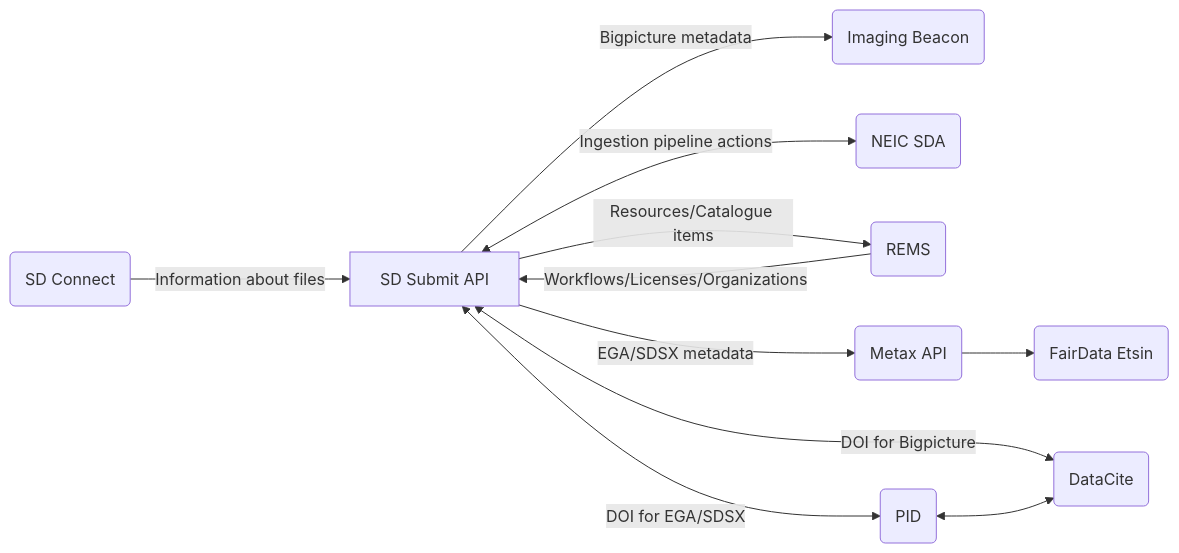
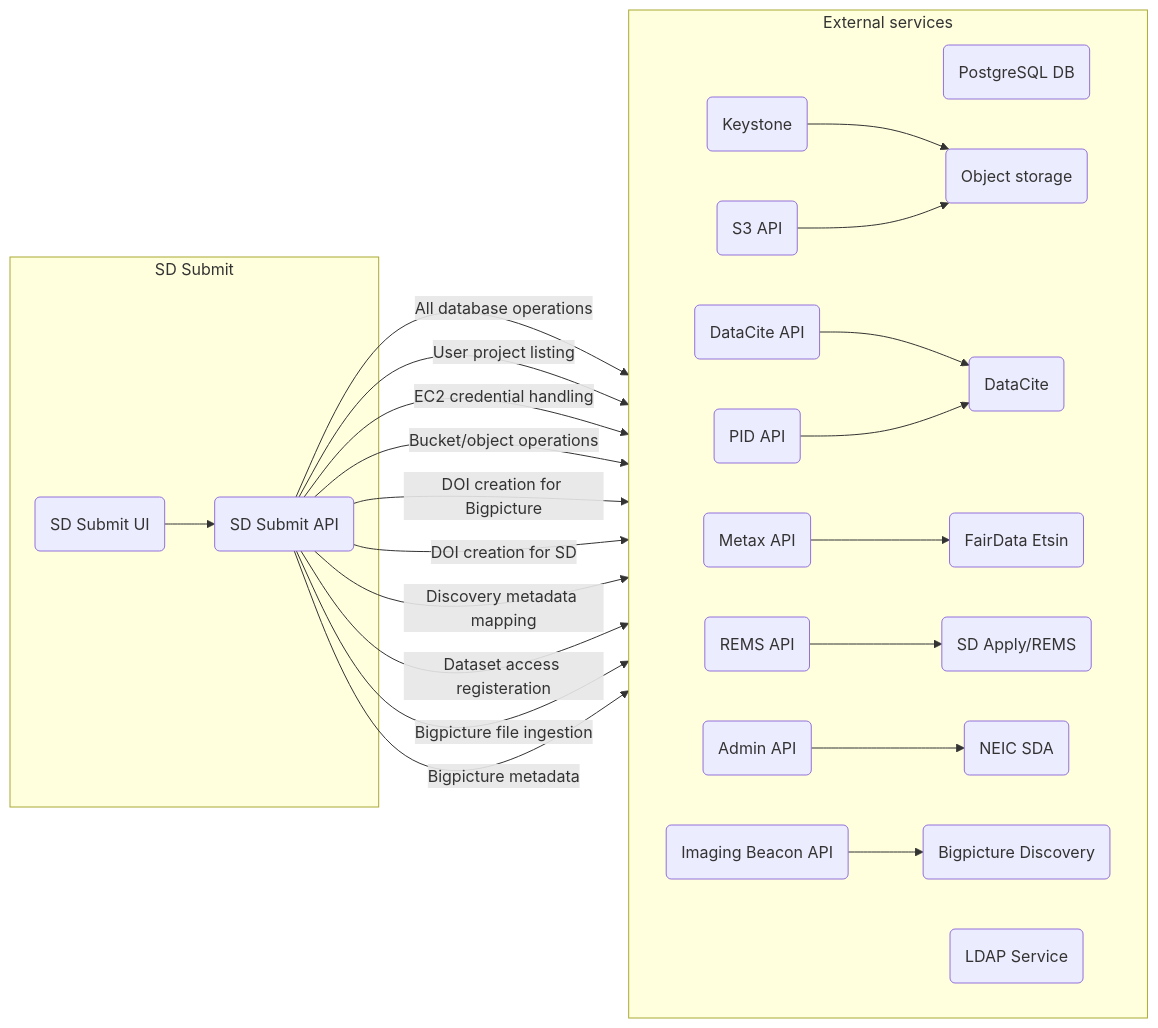
The diagram in README.md (CSCfi/metadata-submitter), drawn with Mermaid before and after one commit. The commit also changed other lines of this file and 1 other file, not shown here.

Commit message:
Update external service list in README

````diff
--- a/README.md
+++ b/README.md
@@ -26,11 +25,19 @@
 ```mermaid
 flowchart LR
-    SD-Connect(SD Connect) -->|Information about files| SD-Submit[SD Submit API]
-    SD-Submit -->|Bigpicture metadata| Bigpicture-Discovery(Imaging Beacon)
-    SD-Submit <-->|Ingestion pipeline actions| NEIC-SDA(NEIC SDA)
-    REMS -->|Workflows/Licenses/Organizations| SD-Submit -->|Resources/Catalogue items| REMS(REMS)
-    SD-Submit -->|EGA/SDSX metadata| Metax(Metax API)
-    Metax --> Fairdata-Etsin(FairData Etsin)
-    SD-Submit <-->|DOI for Bigpicture| DataCite(DataCite)
-    SD-Submit <-->|DOI for EGA/SDSX| PID(PID) <--> DataCite
+    subgraph SD Submit
+        UI(SD Submit UI) --> API(SD Submit API)
+    end
+    subgraph External services
+        direction LR
+        API -->|All database operations| Postgres(PostgreSQL DB)
+        API -->|User project listing| LDAP(LDAP Service)
+        API -->|EC2 credential handling| Keystone(Keystone) --> OS(Object storage)
+        API -->|Bucket/object operations| Allas(S3 API) --> OS
+        API -->|DOI creation for Bigpicture| DataCiteAPI(DataCite API) --> DataCite
+        API -->|DOI creation for SD| PID(PID API) --> DataCite(DataCite)
+        API -->|Discovery metadata mapping| Metax(Metax API) --> Fairdata-Etsin(FairData Etsin)
+        API -->|Dataset access registeration| REMS(REMS API) --> Apply(SD Apply/REMS)
+        API -->|Bigpicture file ingestion| Admin(Admin API) --> SDA(NEIC SDA)
+        API -->|Bigpicture metadata| Beacon(Imaging Beacon API) --> BP-Discovery(Bigpicture Discovery)
+    end
 ```
````
